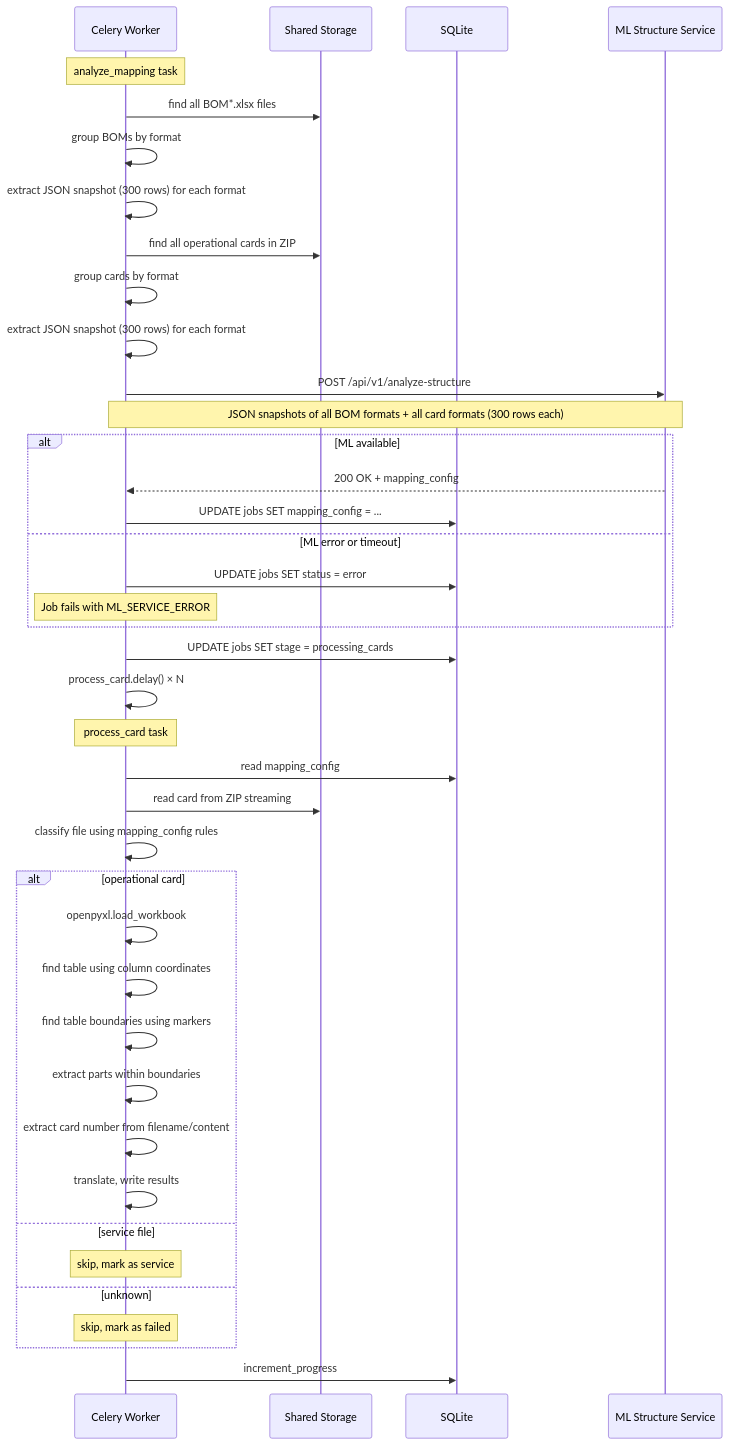
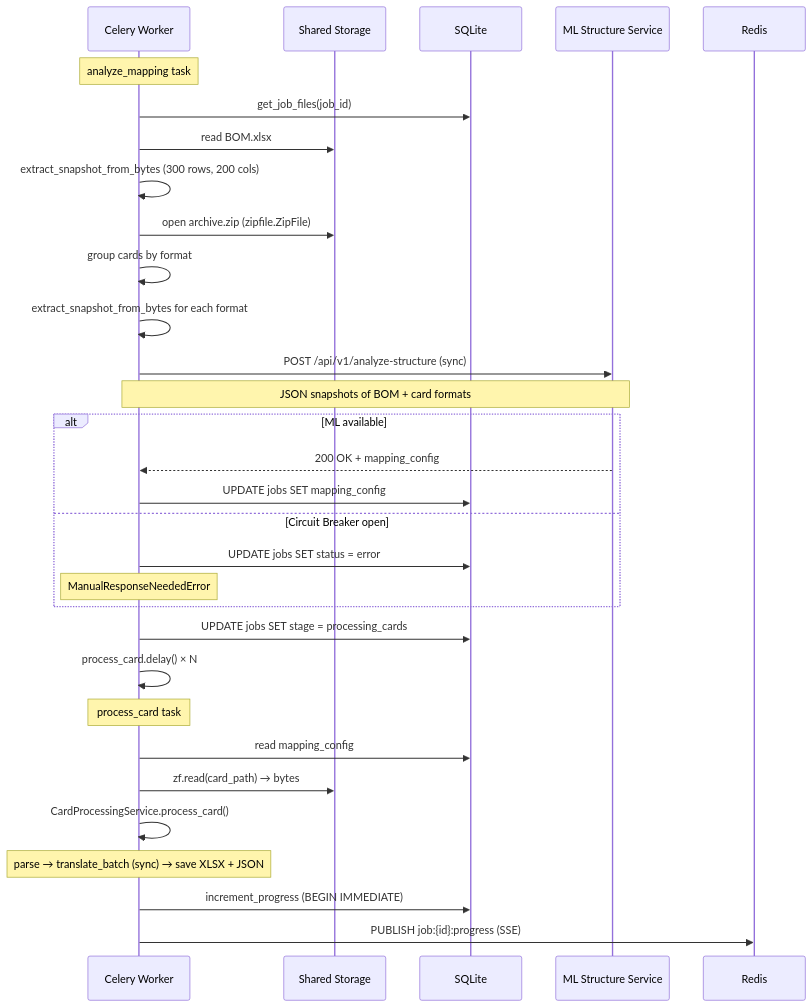
The diagram in docs/ml_service_contract.md (practice-avtotor/burlak-backend), drawn with Mermaid before and after one commit. The commit also changed other lines of this file and 10 other files, not shown here.

Commit message:
docs: The architecture has been updated

````diff
--- a/docs/ml_service_contract.md
+++ b/docs/ml_service_contract.md
@@ -934,53 +681,42 @@
 ```mermaid
 sequenceDiagram
     participant W as Celery Worker
     participant SS as Shared Storage
     participant DB as SQLite
     participant ML as ML Structure Service
     
     Note over W: analyze_mapping task
     
-    W->>SS: find all BOM*.xlsx files
-    W->>W: group BOMs by format
-    W->>W: extract JSON snapshot (300 rows) for each format
+    W->>DB: get_job_files(job_id)
+    W->>SS: read BOM.xlsx
+    W->>W: extract_snapshot_from_bytes (300 rows, 200 cols)
     
-    W->>SS: find all operational cards in ZIP
+    W->>SS: open archive.zip (zipfile.ZipFile)
     W->>W: group cards by format
-    W->>W: extract JSON snapshot (300 rows) for each format
+    W->>W: extract_snapshot_from_bytes for each format
     
-    W->>ML: POST /api/v1/analyze-structure
-    Note over W,ML: JSON snapshots of all BOM formats + all card formats (300 rows each)
+    W->>ML: POST /api/v1/analyze-structure (sync)
+    Note over W,ML: JSON snapshots of BOM + card formats
     
     alt ML available
         ML-->>W: 200 OK + mapping_config
-        W->>DB: UPDATE jobs SET mapping_config = ...
-    else ML error or timeout
+        W->>DB: UPDATE jobs SET mapping_config
+    else Circuit Breaker open
         W->>DB: UPDATE jobs SET status = error
-        Note over W: Job fails with ML_SERVICE_ERROR
+        Note over W: ManualResponseNeededError
     end
     
     W->>DB: UPDATE jobs SET stage = processing_cards
     W->>W: process_card.delay() × N
     
     Note over W: process_card task
     
     W->>DB: read mapping_config
-    W->>SS: read card from ZIP streaming
+    W->>SS: zf.read(card_path) → bytes
     
-    W->>W: classify file using mapping_config rules
+    W->>W: CardProcessingService.process_card()
+    Note over W: parse → translate_batch (sync) → save XLSX + JSON
     
-    alt operational card
-        W->>W: openpyxl.load_workbook
-        W->>W: find table using column coordinates
-        W->>W: find table boundaries using markers
-        W->>W: extract parts within boundaries
-        W->>W: extract card number from filename/content
-        W->>W: translate, write results
-    else service file
-        Note over W: skip, mark as service
-    else unknown
-        Note over W: skip, mark as failed
-    end
-    
-    W->>DB: increment_progress
+    W->>DB: increment_progress (BEGIN IMMEDIATE)
+    W->>Redis: PUBLISH job:{id}:progress (SSE)
 ```
````
